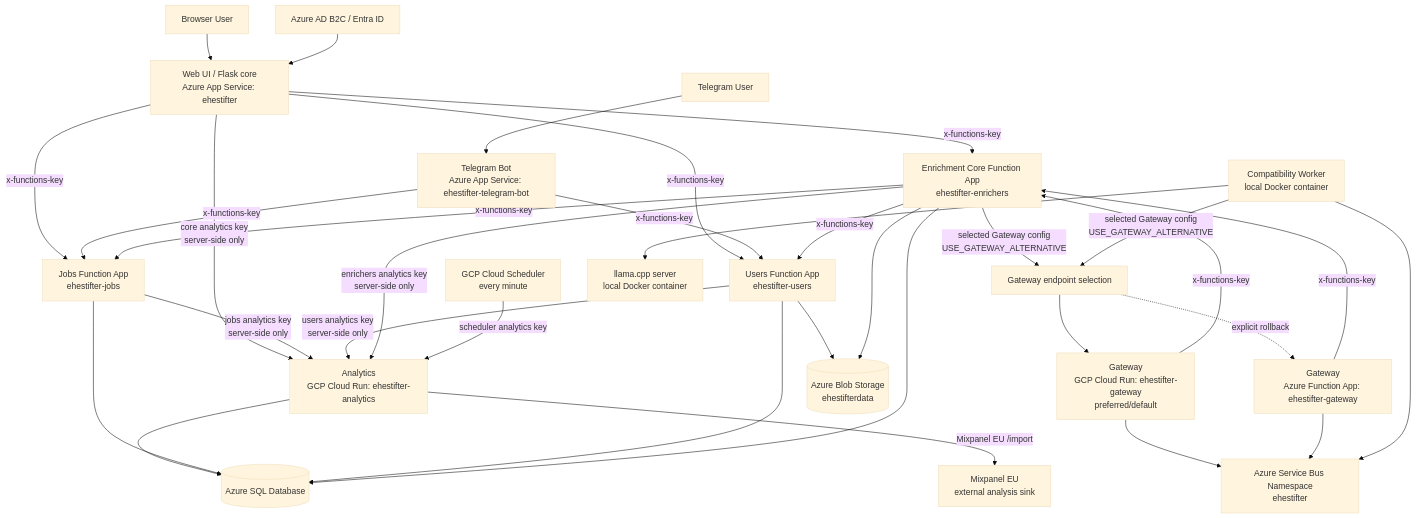
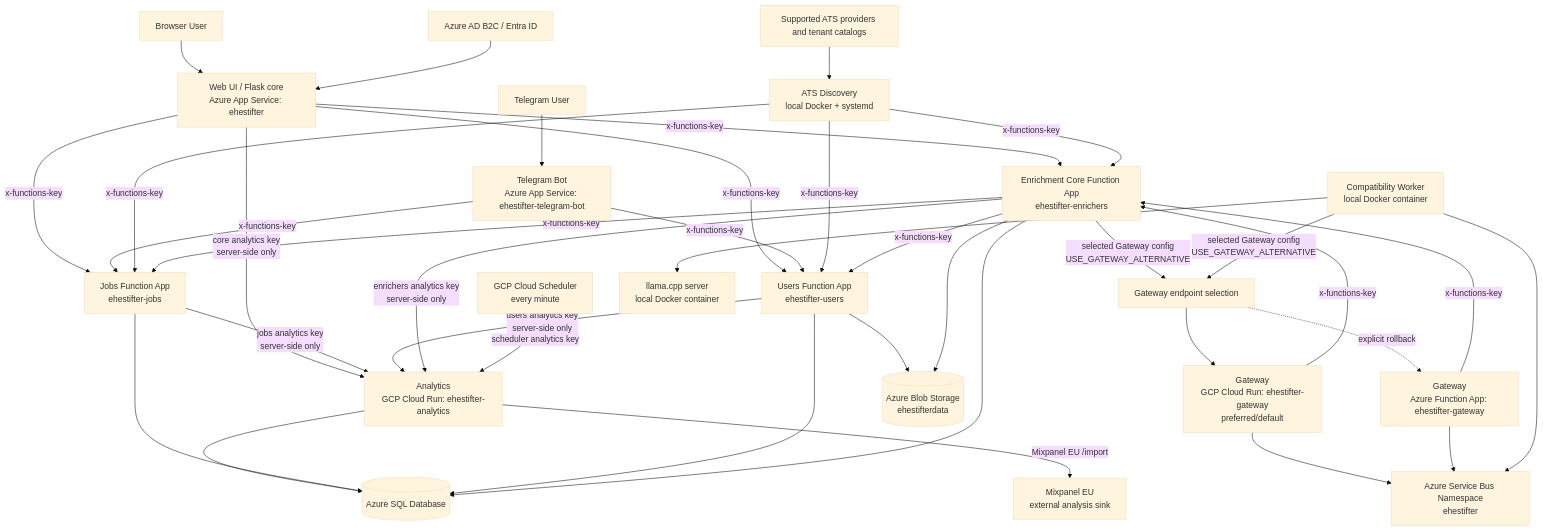
Before and after one commit to Solanum-basilicus/ehestifter: the diagram in docs/system-design.md, drawn with Mermaid (base theme). The commit also changed other lines of this file and 122 other files, not shown here.

Commit message:
scraper: complete ATS Discovery phase 9 cleanup

````diff
--- a/docs/system-design.md
+++ b/docs/system-design.md
@@ -77,67 +79,73 @@
 ```mermaid
 flowchart TD
     User[Browser User] --> Core[Web UI / Flask core
 Azure App Service: ehestifter]
     TGUser[Telegram User] --> Bot[Telegram Bot
 Azure App Service: ehestifter-telegram-bot]
+    ATSSources[Supported ATS providers and tenant catalogs] --> ATS[ATS Discovery
+local Docker + systemd]
 
     Core -->|x-functions-key| Jobs[Jobs Function App
 ehestifter-jobs]
     Core -->|x-functions-key| Users[Users Function App
 ehestifter-users]
     Core -->|x-functions-key| Enrichers[Enrichment Core Function App
 ehestifter-enrichers]
 
     Bot -->|x-functions-key| Jobs
     Bot -->|x-functions-key| Users
+
+    ATS -->|x-functions-key| Jobs
+    ATS -->|x-functions-key| Users
+    ATS -->|x-functions-key| Enrichers
 
     Enrichers -->|x-functions-key| Jobs
     Enrichers -->|x-functions-key| Users
 
     Core -->|core analytics key
 server-side only| Analytics[Analytics
 GCP Cloud Run: ehestifter-analytics]
     Jobs -->|jobs analytics key
 server-side only| Analytics
     Users -->|users analytics key
 server-side only| Analytics
     Enrichers -->|enrichers analytics key
 server-side only| Analytics
     Scheduler[GCP Cloud Scheduler
 every minute] -->|scheduler analytics key| Analytics
 
     Analytics --> SQL[(Azure SQL Database)]
     Analytics -->|Mixpanel EU /import| Mixpanel[Mixpanel EU
 external analysis sink]
 
     Enrichers -->|selected Gateway config
 USE_GATEWAY_ALTERNATIVE| GatewaySelector[Gateway endpoint selection]
     Worker[Compatibility Worker
 local Docker container] -->|selected Gateway config
 USE_GATEWAY_ALTERNATIVE| GatewaySelector
 
     GatewaySelector --> GcpGateway[Gateway
 GCP Cloud Run: ehestifter-gateway
 preferred/default]
     GatewaySelector -. explicit rollback .-> AzureGateway[Gateway
 Azure Function App: ehestifter-gateway]
 
     GcpGateway --> SB[Azure Service Bus Namespace
 ehestifter]
     AzureGateway --> SB
     Worker --> Llama[llama.cpp server
 local Docker container]
     Worker --> SB
 
     GcpGateway -->|x-functions-key| Enrichers
     AzureGateway -->|x-functions-key| Enrichers
 
     Jobs --> SQL
     Users --> SQL
     Enrichers --> SQL
     Users --> Blob[(Azure Blob Storage
 ehestifterdata)]
     Enrichers --> Blob
 
     Auth[Azure AD B2C / Entra ID] --> Core
 ```
````
